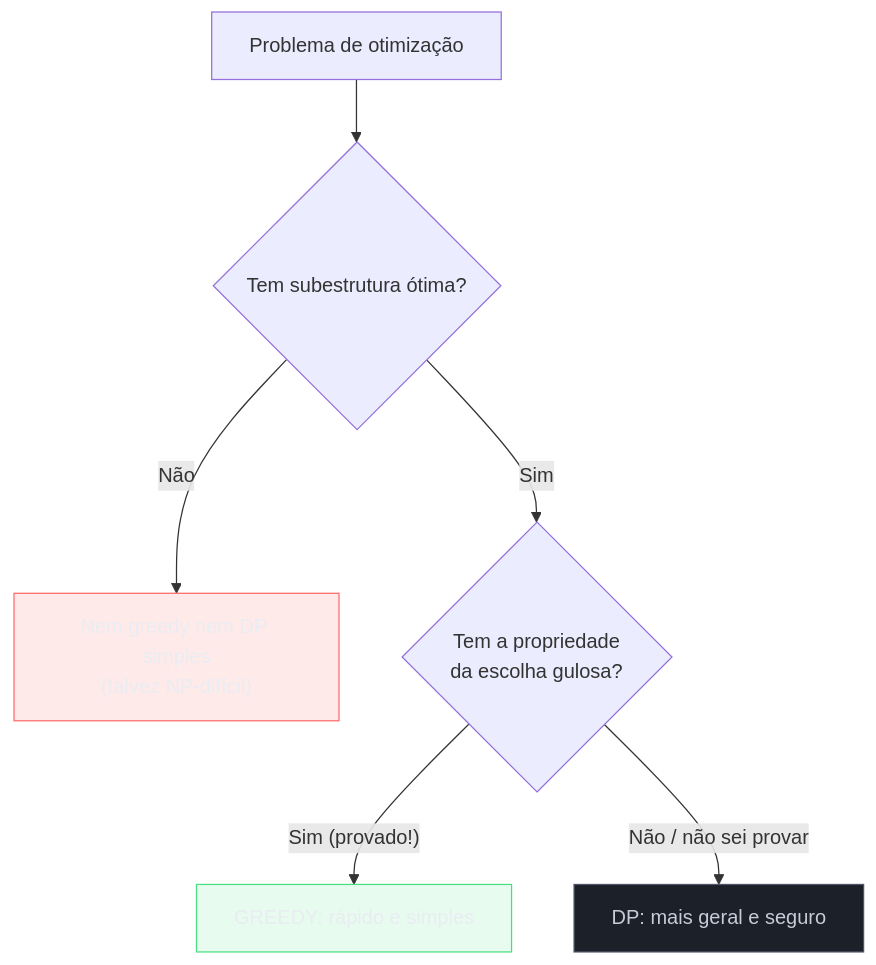
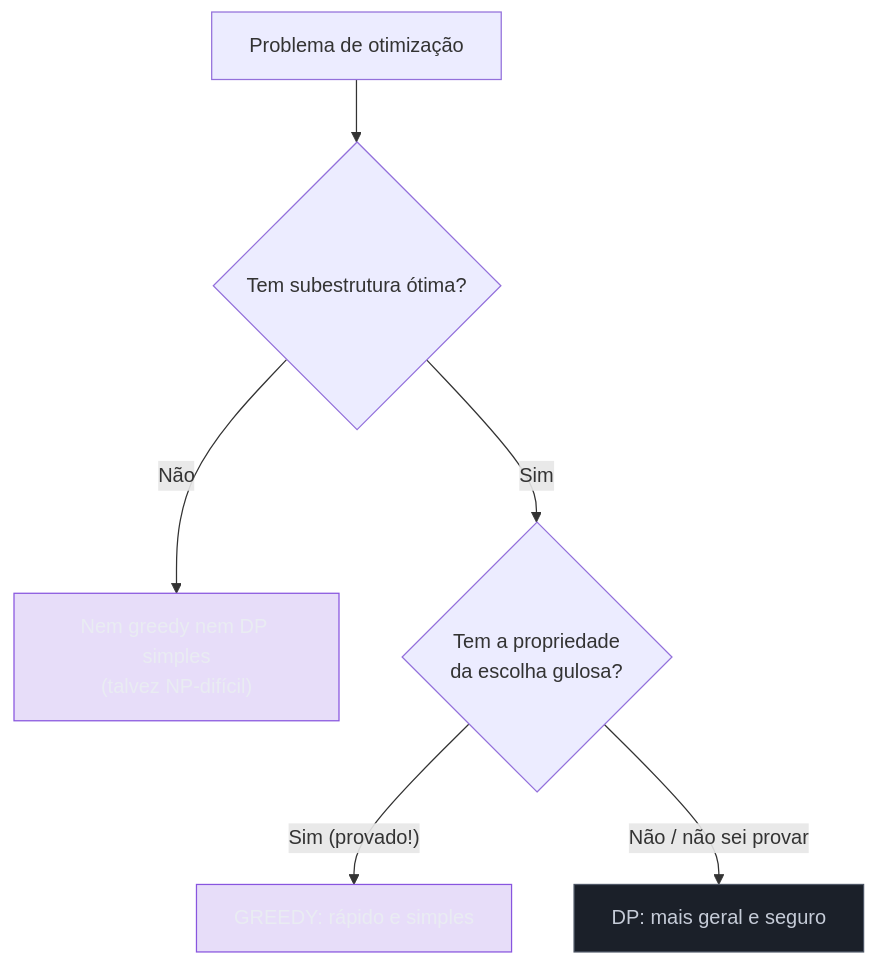
Before and after one commit to josenaldo/codex-technomanticus: the second of 6 diagrams in 03-Dominios/Ciência/Algoritmos/11 - Greedy.md, drawn with Mermaid. The commit also changed other lines of this file and 601 other files, not shown here.

````diff
--- a/03-Dominios/Ciência/Algoritmos/11 - Greedy.md
+++ b/03-Dominios/Ciência/Algoritmos/11 - Greedy.md
@@ -105,14 +105,13 @@
 ```mermaid
 flowchart TD
-    classDef ok fill:#4ADE8021,stroke:#4ADE80,color:#E9ECF2
+    classDef marca fill:#8855DF33,stroke:#8855DF,color:#E9ECF2
     classDef neutro fill:#1B2029,stroke:#4E5666,color:#C6CCD8
-    classDef falha fill:#FF6B6B24,stroke:#FF6B6B,color:#E9ECF2
     Problema["Problema de otimização"] --> SubOtima{"Tem subestrutura ótima?"}
     SubOtima -- Não --> NemUm["Nem greedy nem DP simples<br/>(talvez NP-difícil)"]
     SubOtima -- Sim --> Escolha{"Tem a propriedade<br/>da escolha gulosa?"}
     Escolha -- "Sim (provado!)" --> Greedy["GREEDY: rápido e simples"]
     Escolha -- "Não / não sei provar" --> DP["DP: mais geral e seguro"]
-    class Greedy ok
+    class Greedy marca
     class DP neutro
-    class NemUm falha
+    class NemUm marca
 ```
````
